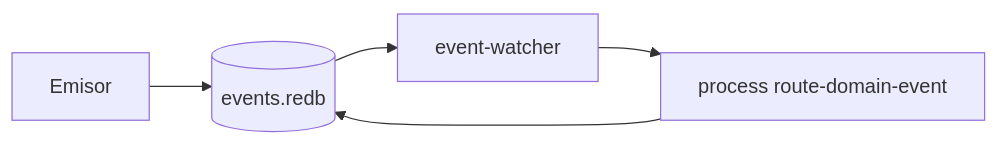
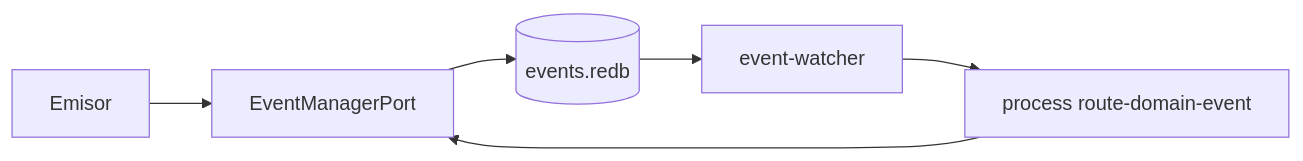
Before and after one commit to racso80es/SddIA: the first of 2 diagrams in README.md, drawn with Mermaid. The commit also changed other lines of this file and 8 other files, not shown here.

First line of the commit message:
feat(eda): T8 gate EventManagerPort, CI y convergencia AC-9 (MAN-35)

````diff
--- a/README.md
+++ b/README.md
@@ -104,7 +104,8 @@
 ```mermaid
 flowchart LR
-  EM[Emisor] --> REDB[(events.redb)]
+  EM[Emisor] --> PORT[EventManagerPort]
+  PORT --> REDB[(events.redb)]
   REDB --> W[event-watcher]
   W --> RDE[process route-domain-event]
-  RDE --> REDB
+  RDE --> PORT
 ```
````
